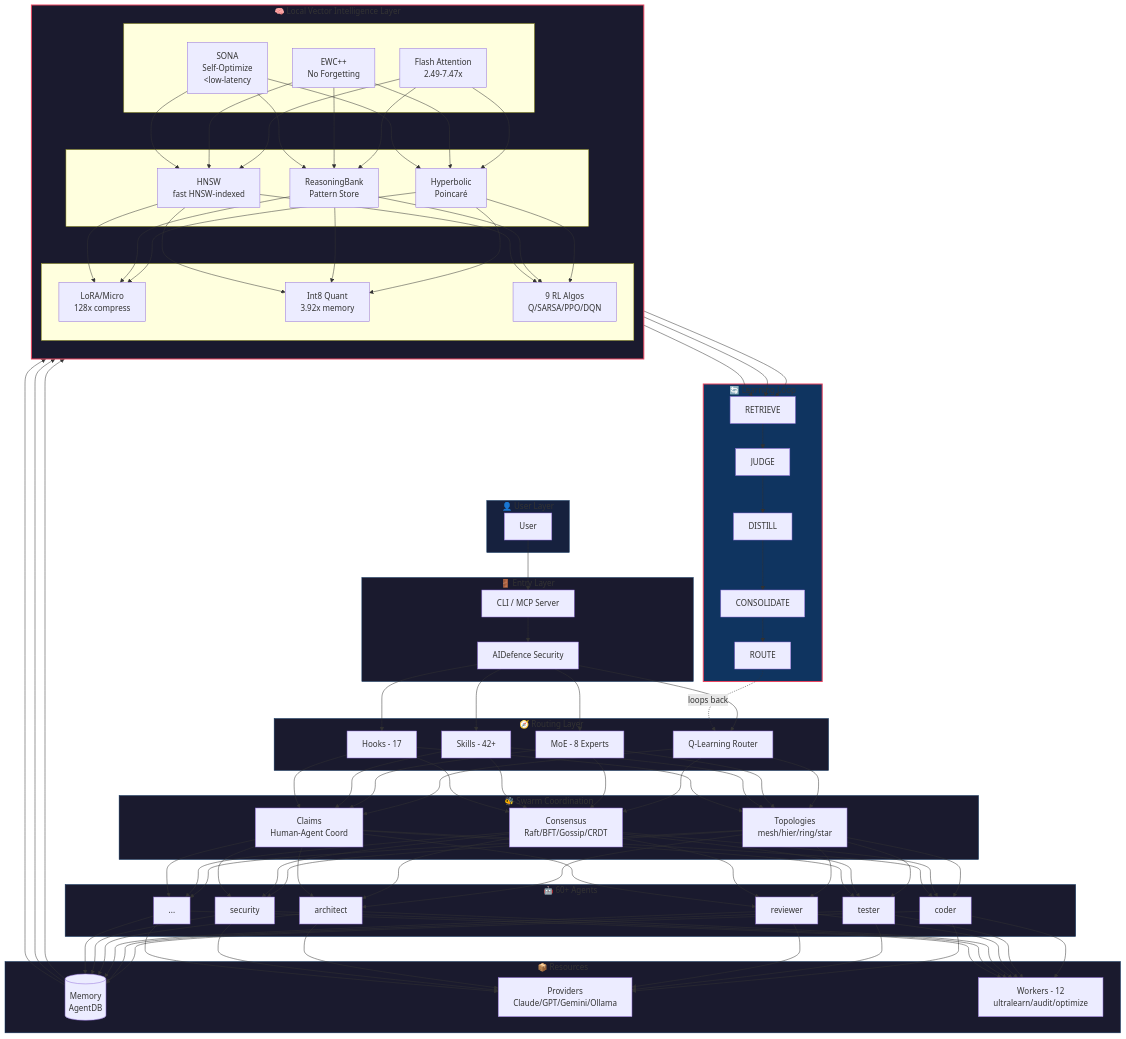
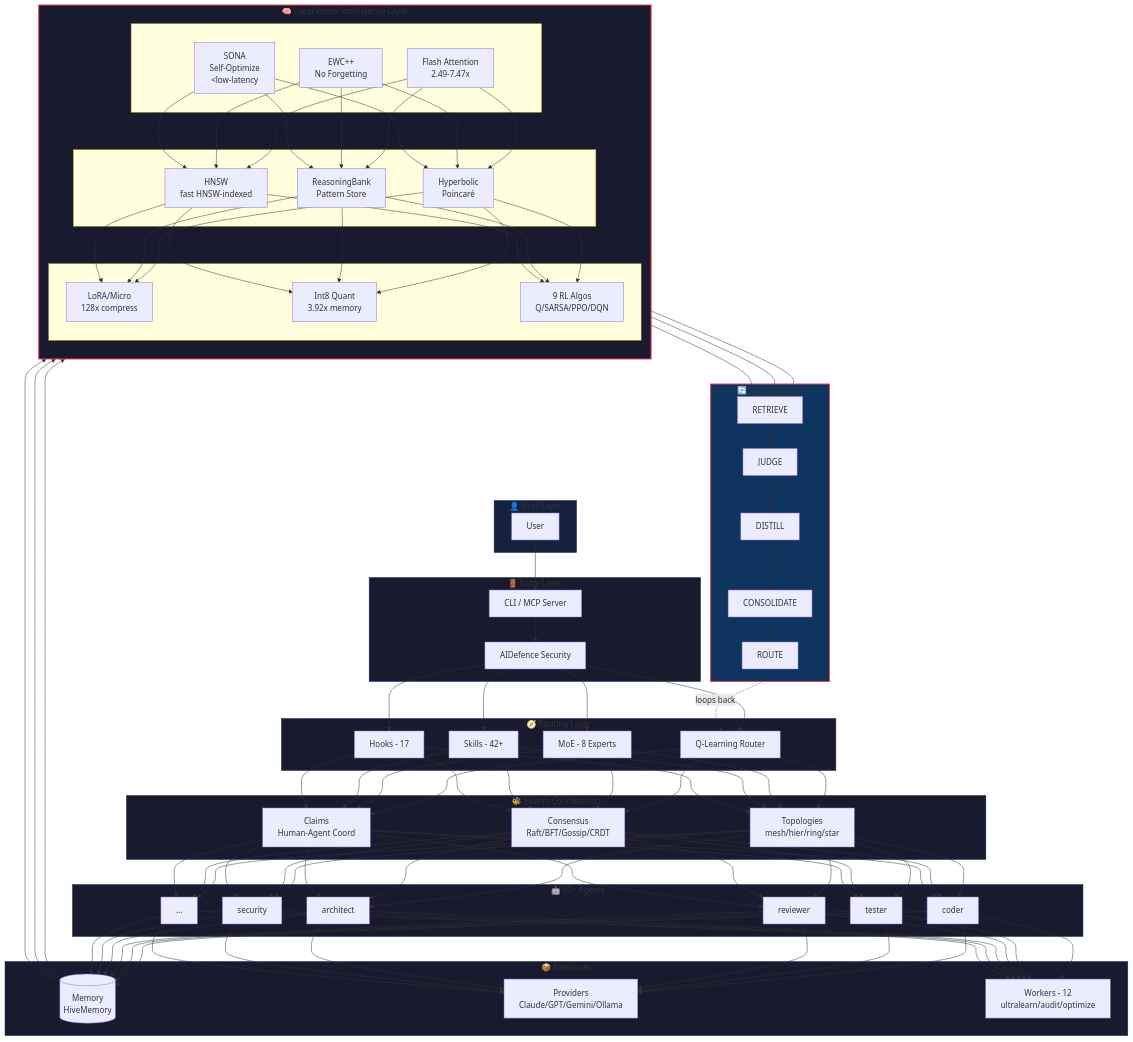
Before and after one commit to hypnwtykvmpr/hive-flow: the first of 6 diagrams in v3/@hive-flow/cli/README.md, drawn with Mermaid. The commit also changed other lines of this file and 379 other files, not shown here.

```diff
--- a/v3/@hive-flow/cli/README.md
+++ b/v3/@hive-flow/cli/README.md
@@ -61,7 +61,7 @@
     end
 
     subgraph RESOURCES["📦 Resources"]
-        MEM[(Memory<br/>AgentDB)]
+        MEM[(Memory<br/>HiveMemory)]
         PROV[Providers<br/>Claude/GPT/Gemini/Ollama]
         WORK[Workers - 12<br/>ultralearn/audit/optimize]
     end
```
